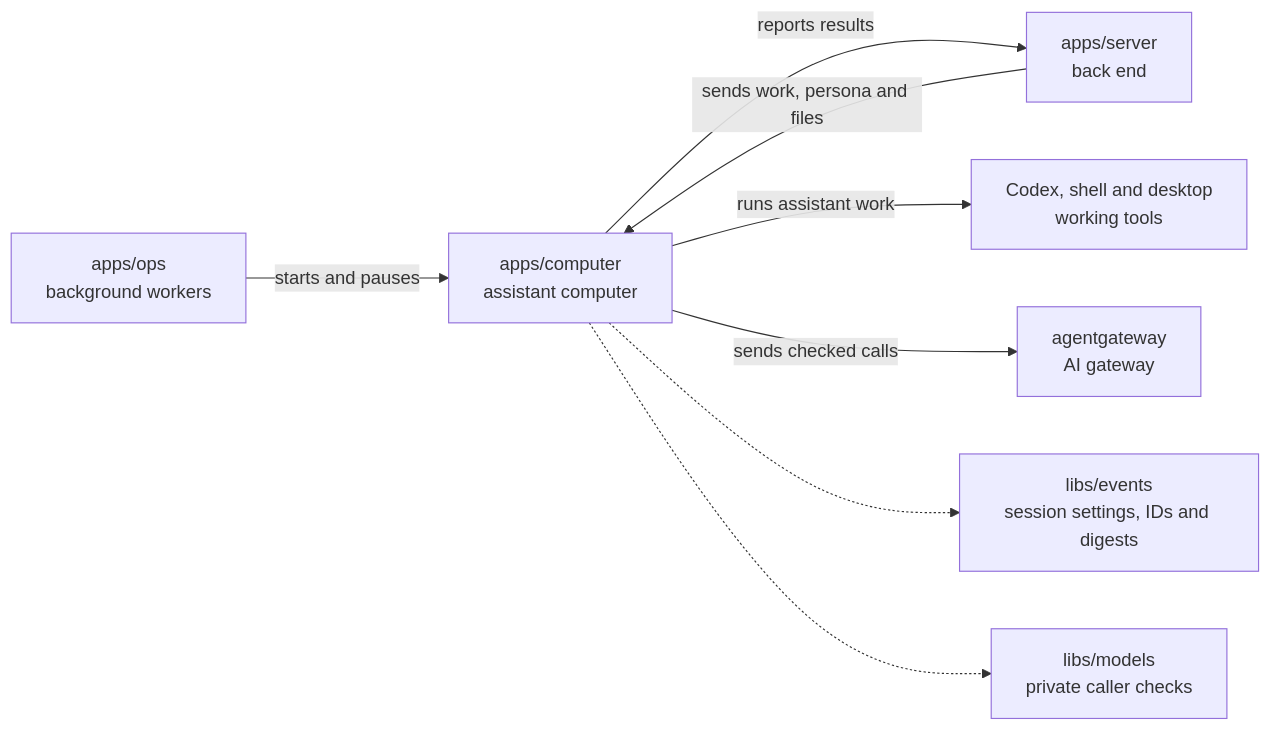
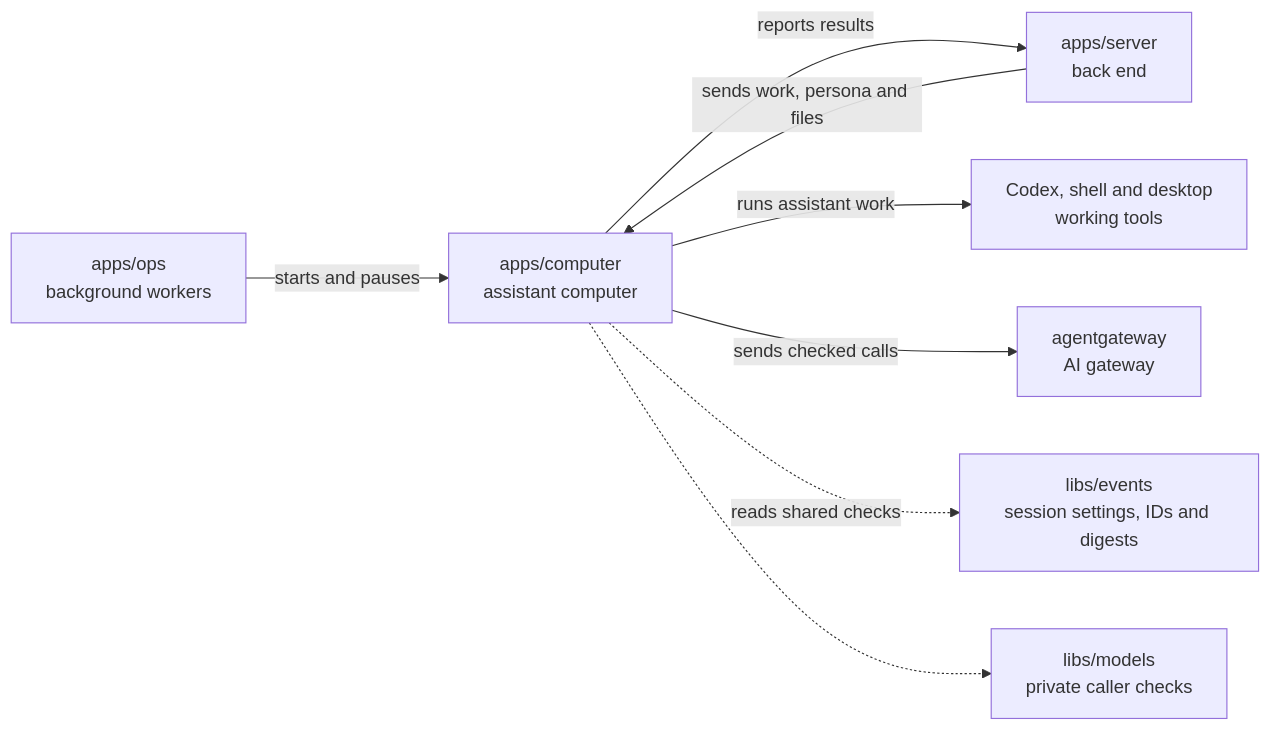
The diagram in apps/computer/README.md (elewa-git/opencrane-new), drawn with Mermaid before and after one commit. The commit also changed other lines of this file and 27 other files, not shown here.

````diff
--- a/apps/computer/README.md
+++ b/apps/computer/README.md
@@ -20,10 +20,10 @@
 ```mermaid
 flowchart LR
   ops["apps/ops<br/>background workers"] -->|starts and pauses| computer["apps/computer<br/>assistant computer"]
   server["apps/server<br/>back end"] -->|sends work, persona and files| computer
   computer -->|reports results| server
   computer -->|runs assistant work| desktop["Codex, shell and desktop<br/>working tools"]
   computer -->|sends checked calls| gateway["agentgateway<br/>AI gateway"]
-  computer -.-> events["libs/events<br/>session settings, IDs and digests"]
+  computer -.->|reads shared checks| events["libs/events<br/>session settings, IDs and digests"]
   computer -.-> models["libs/models<br/>private caller checks"]
 ```
````
